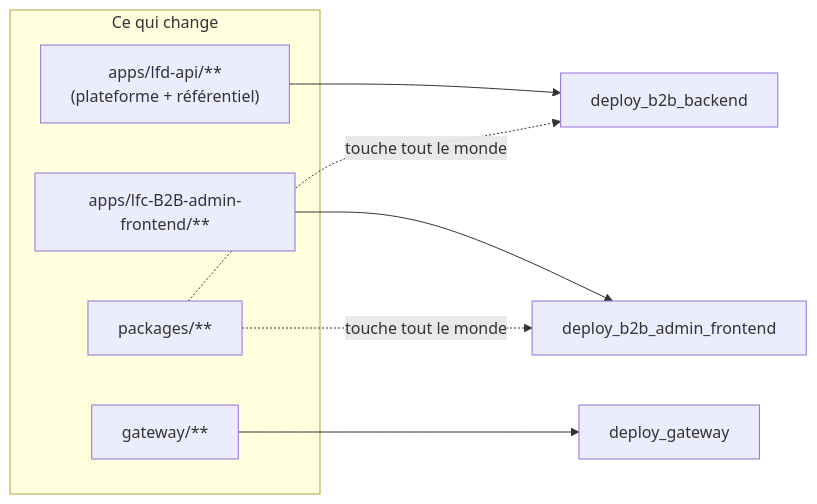
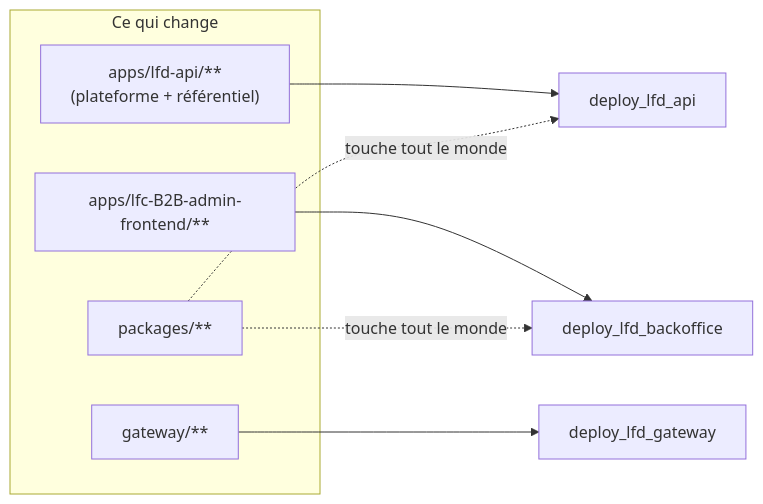
The first of 2 diagrams in documentation/ops/pipelines.md (hugoheynard/lfd), drawn with Mermaid before and after one commit. The commit also changed 20 other files, not shown here.

````diff
--- a/documentation/ops/pipelines.md
+++ b/documentation/ops/pipelines.md
@@ -17,13 +17,13 @@
 ```mermaid
 flowchart LR
     subgraph src["Ce qui change"]
         A["apps/lfd-api/**<br/>(plateforme + référentiel)"]
         C["apps/lfc-B2B-admin-frontend/**"]
         D["packages/**"]
         E["gateway/**"]
     end
-    A --> WB[deploy_b2b_backend]
-    C --> WA[deploy_b2b_admin_frontend]
-    E --> WG[deploy_gateway]
+    A --> WB[deploy_lfd_api]
+    C --> WA[deploy_lfd_backoffice]
+    E --> WG[deploy_lfd_gateway]
     D -.->|"touche tout le monde"| WB & WA
 ```
````
